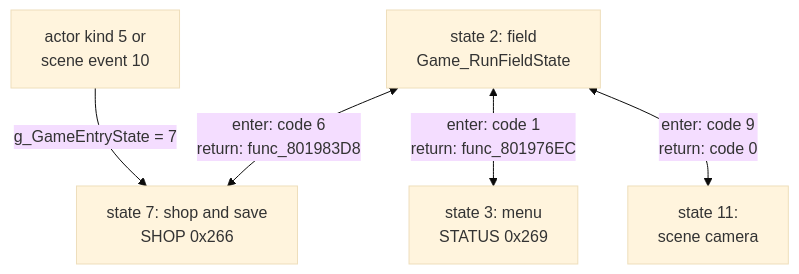
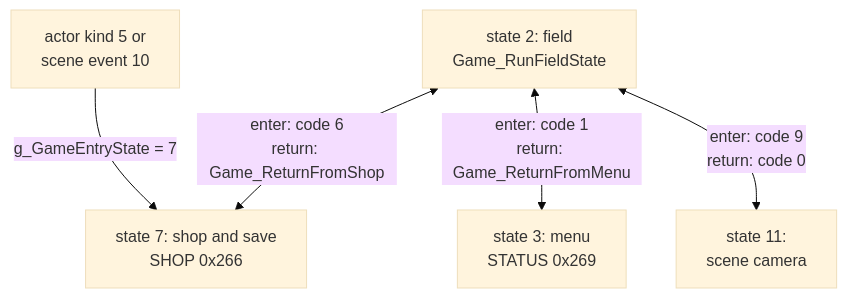
One commit to raulcorreia7/bof3-wiki changed the first of 2 diagrams in src/content/docs/systems/screens.md. Above: the diagram before and after it, drawn with Mermaid (base theme). The commit also changed other lines of this file and 26 other files, not shown here.

````diff
--- a/src/content/docs/systems/screens.md
+++ b/src/content/docs/systems/screens.md
@@ -36,8 +36,8 @@
 ```mermaid
 flowchart TD
     A["actor kind 5 or<br/>scene event 10"] -->|"g_GameEntryState = 7"| S["state 7: shop and save<br/>SHOP 0x266"]
     F["state 2: field<br/>Game_RunFieldState"]
-    F <-->|"enter: code 6<br/>return: func_801983D8"| S
-    F <-->|"enter: code 1<br/>return: func_801976EC"| M["state 3: menu<br/>STATUS 0x269"]
+    F <-->|"enter: code 6<br/>return: Game_ReturnFromShop"| S
+    F <-->|"enter: code 1<br/>return: Game_ReturnFromMenu"| M["state 3: menu<br/>STATUS 0x269"]
     F <-->|"enter: code 9<br/>return: code 0"| C["state 11:<br/>scene camera"]
 ```
````
